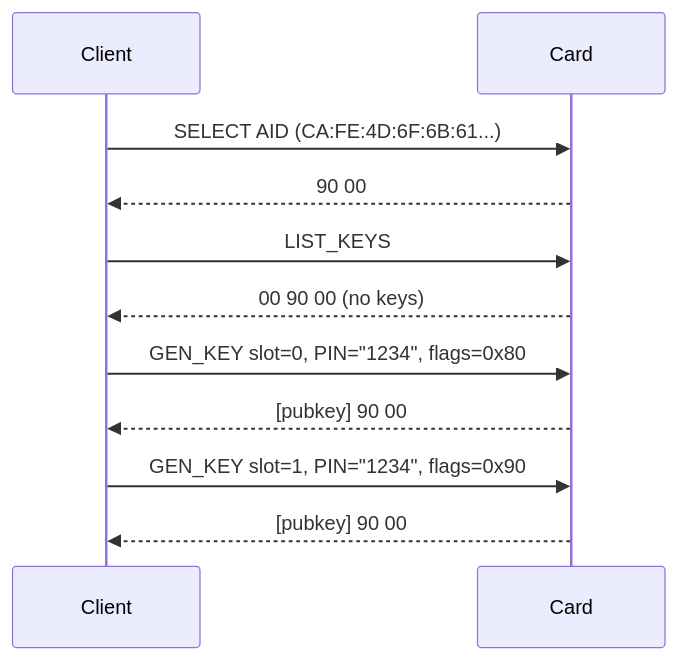
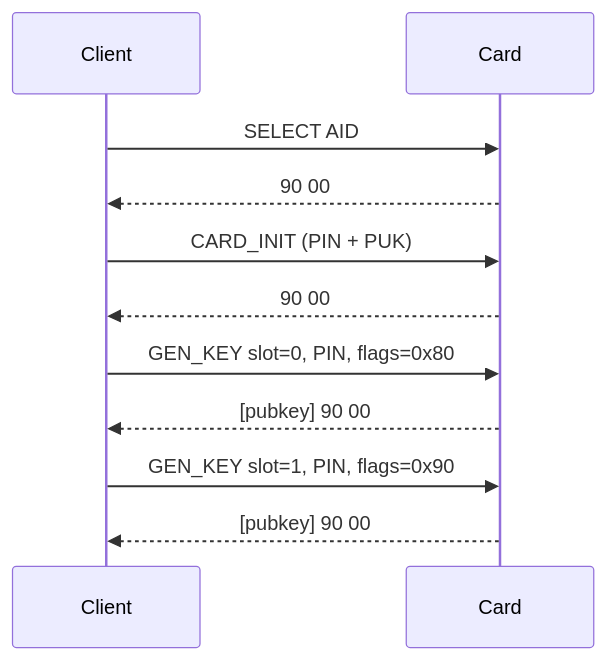
Before and after one commit to indrora/EspreSSHo: the first of 4 diagrams in doc/APDU-Protocol-Specification.md, drawn with Mermaid. The commit also changed other lines of this file and 6 other files, not shown here.

Commit message:
Adding reset logic, PIN/PUK management, Card init.

````diff
--- a/doc/APDU-Protocol-Specification.md
+++ b/doc/APDU-Protocol-Specification.md
@@ -581,11 +687,11 @@
 ```mermaid
 sequenceDiagram
-    Client->>Card: SELECT AID (CA:FE:4D:6F:6B:61...)
+    Client->>Card: SELECT AID
     Card-->>Client: 90 00
-    Client->>Card: LIST_KEYS  
-    Card-->>Client: 00 90 00 (no keys)
-    Client->>Card: GEN_KEY slot=0, PIN="1234", flags=0x80
+    Client->>Card: CARD_INIT (PIN + PUK)
+    Card-->>Client: 90 00
+    Client->>Card: GEN_KEY slot=0, PIN, flags=0x80
     Card-->>Client: [pubkey] 90 00
-    Client->>Card: GEN_KEY slot=1, PIN="1234", flags=0x90  
+    Client->>Card: GEN_KEY slot=1, PIN, flags=0x90
     Card-->>Client: [pubkey] 90 00
 ```
````
